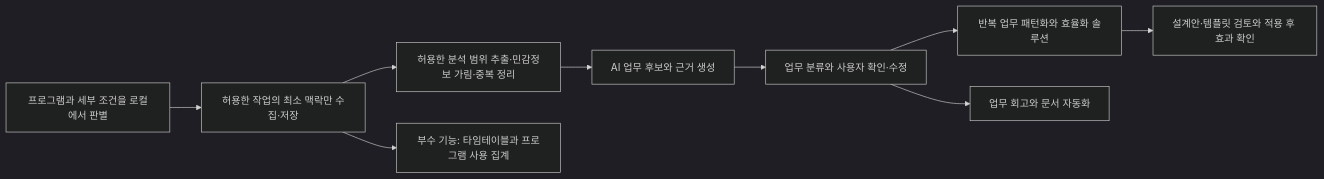
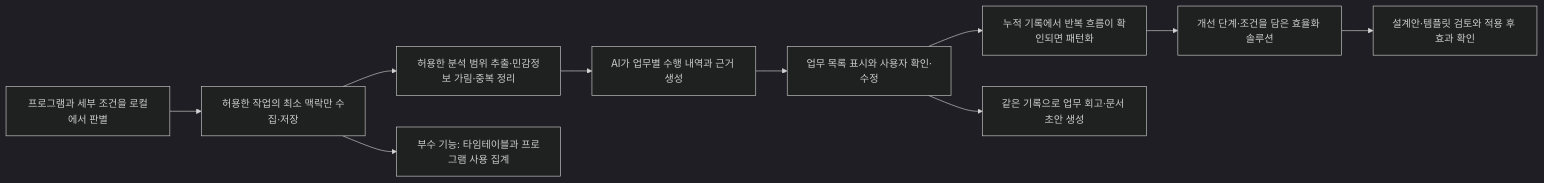
The diagram in AX-hackathon-implementation-notes.md (Wookshin/AX-hackaton), drawn with Mermaid (dark theme) before and after one commit. The commit also changed other lines of this file and 8 other files, not shown here.

Commit message:
docs: clarify proposal flow and use formal Korean

````diff
--- a/AX-hackathon-implementation-notes.md
+++ b/AX-hackathon-implementation-notes.md
@@ -58,11 +64,12 @@
 ```mermaid
 flowchart LR
   A[프로그램과 세부 조건을 로컬에서 판별] --> B[허용한 작업의 최소 맥락만 수집·저장]
   B --> C[허용한 분석 범위 추출·민감정보 가림·중복 정리]
-  C --> D[AI 업무 후보와 근거 생성]
-  D --> E[업무 분류와 사용자 확인·수정]
-  E --> F[반복 업무 패턴화와 효율화 솔루션]
-  E --> G[업무 회고와 문서 자동화]
-  F --> H[설계안·템플릿 검토와 적용 후 효과 확인]
+  C --> D[AI가 업무별 수행 내역과 근거 생성]
+  D --> E[업무 목록 표시와 사용자 확인·수정]
+  E --> F[누적 기록에서 반복 흐름이 확인되면 패턴화]
+  F --> H[개선 단계·조건을 담은 효율화 솔루션]
+  H --> J[설계안·템플릿 검토와 적용 후 효과 확인]
+  E --> G[같은 기록으로 업무 회고·문서 초안 생성]
   B --> I[부수 기능: 타임테이블과 프로그램 사용 집계]
 ```
````
